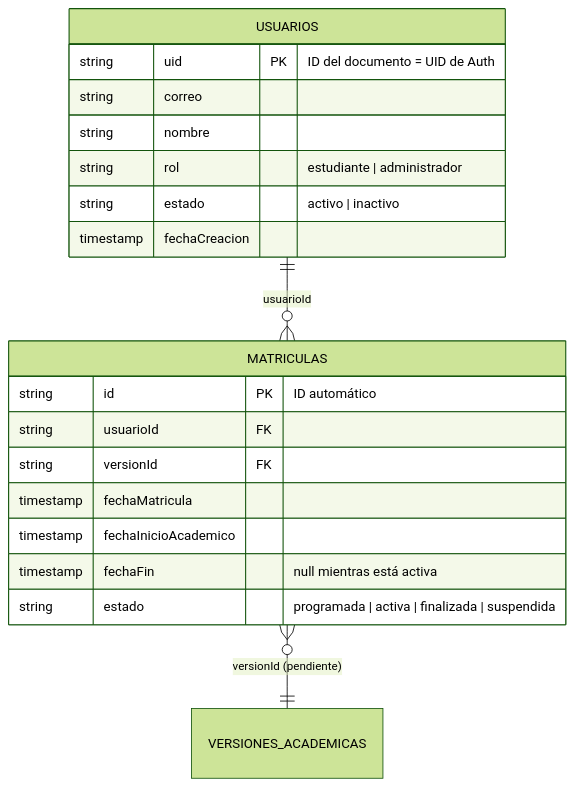
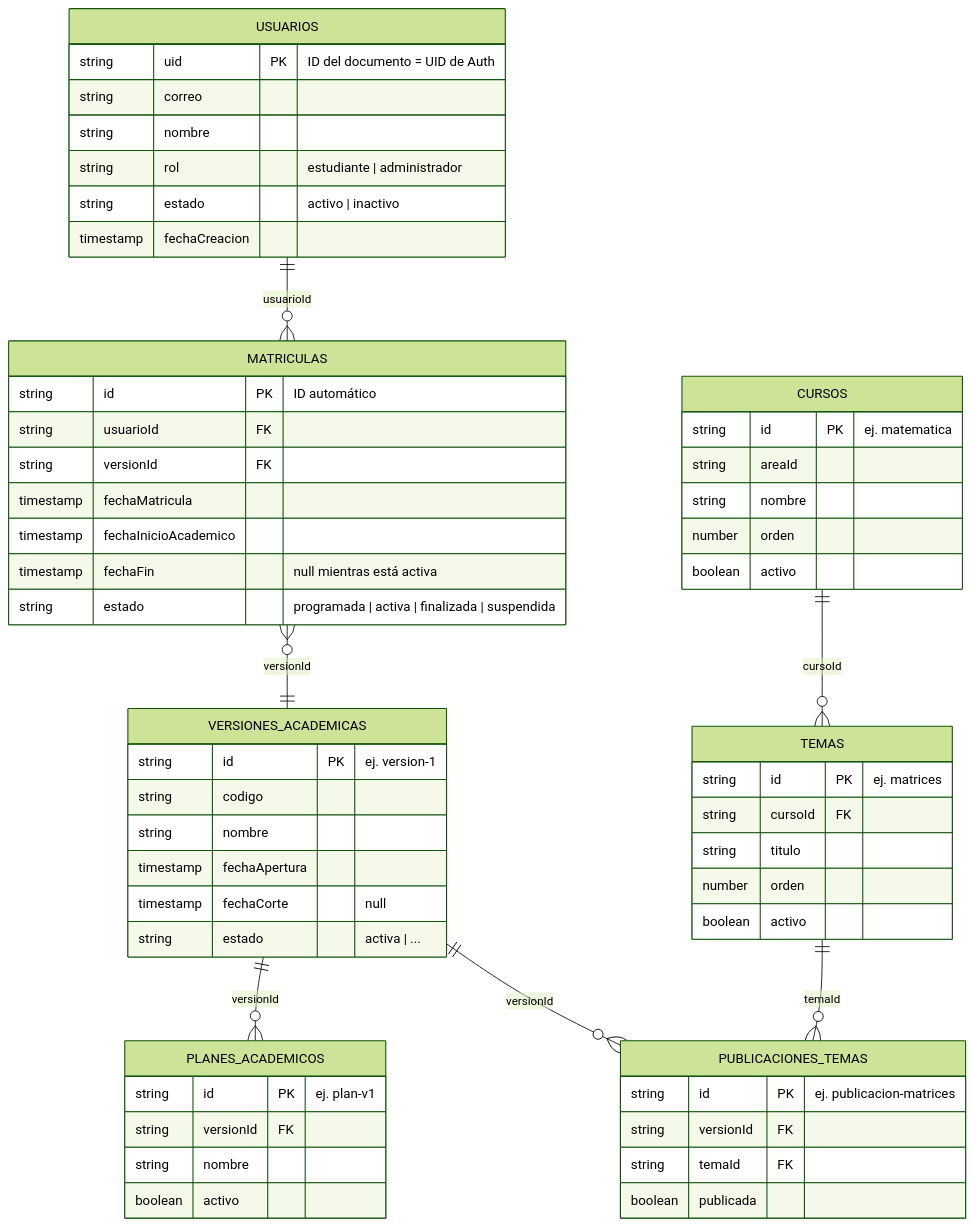
The sixth of 8 diagrams in README.md (elvisllampasi27-oss/academiapp_v2), drawn with Mermaid (forest theme) before and after one commit. The commit also changed other lines of this file, not shown here.

Commit message:
docs: documentar plan academico, calendario personal y publicacion de temas

````diff
--- a/README.md
+++ b/README.md
@@ -266,24 +332,67 @@
 ```mermaid
 erDiagram
     USUARIOS ||--o{ MATRICULAS : "usuarioId"
-    MATRICULAS }o--|| VERSIONES_ACADEMICAS : "versionId (pendiente)"
+    MATRICULAS }o--|| VERSIONES_ACADEMICAS : "versionId"
+    VERSIONES_ACADEMICAS ||--o{ PLANES_ACADEMICOS : "versionId"
+    VERSIONES_ACADEMICAS ||--o{ PUBLICACIONES_TEMAS : "versionId"
+    CURSOS ||--o{ TEMAS : "cursoId"
+    TEMAS ||--o{ PUBLICACIONES_TEMAS : "temaId"
 
     USUARIOS {
         string uid PK "ID del documento = UID de Auth"
         string correo
         string nombre
         string rol "estudiante | administrador"
         string estado "activo | inactivo"
         timestamp fechaCreacion
     }
 
     MATRICULAS {
         string id PK "ID automático"
         string usuarioId FK
         string versionId FK
         timestamp fechaMatricula
         timestamp fechaInicioAcademico
         timestamp fechaFin "null mientras está activa"
         string estado "programada | activa | finalizada | suspendida"
     }
+
+    VERSIONES_ACADEMICAS {
+        string id PK "ej. version-1"
+        string codigo
+        string nombre
+        timestamp fechaApertura
+        timestamp fechaCorte "null"
+        string estado "activa | ..."
+    }
+
+    PLANES_ACADEMICOS {
+        string id PK "ej. plan-v1"
+        string versionId FK
+        string nombre
+        boolean activo
+    }
+
+    CURSOS {
+        string id PK "ej. matematica"
+        string areaId
+        string nombre
+        number orden
+        boolean activo
+    }
+
+    TEMAS {
+        string id PK "ej. matrices"
+        string cursoId FK
+        string titulo
+        number orden
+        boolean activo
+    }
+
+    PUBLICACIONES_TEMAS {
+        string id PK "ej. publicacion-matrices"
+        string versionId FK
+        string temaId FK
+        boolean publicada
+    }
 ```
````
